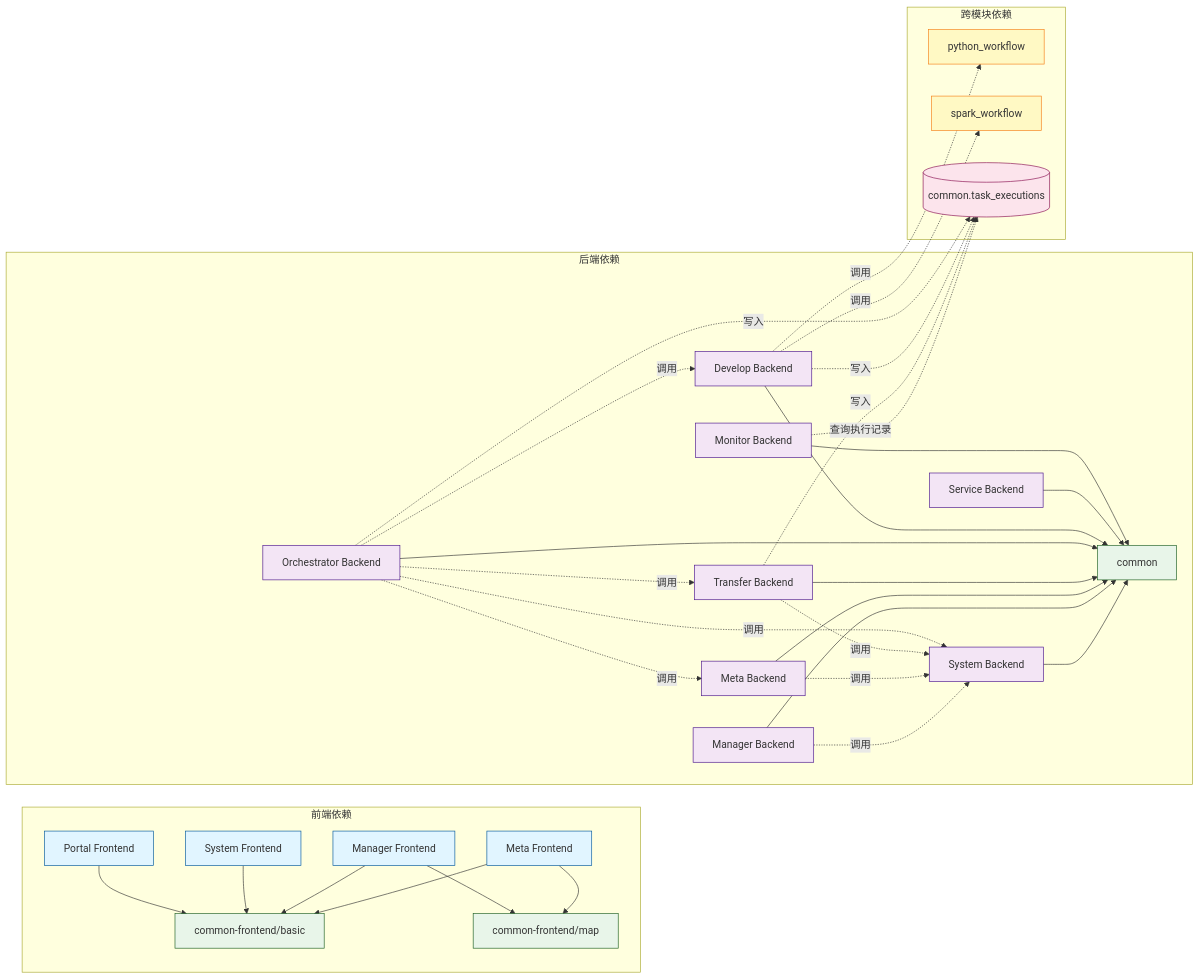
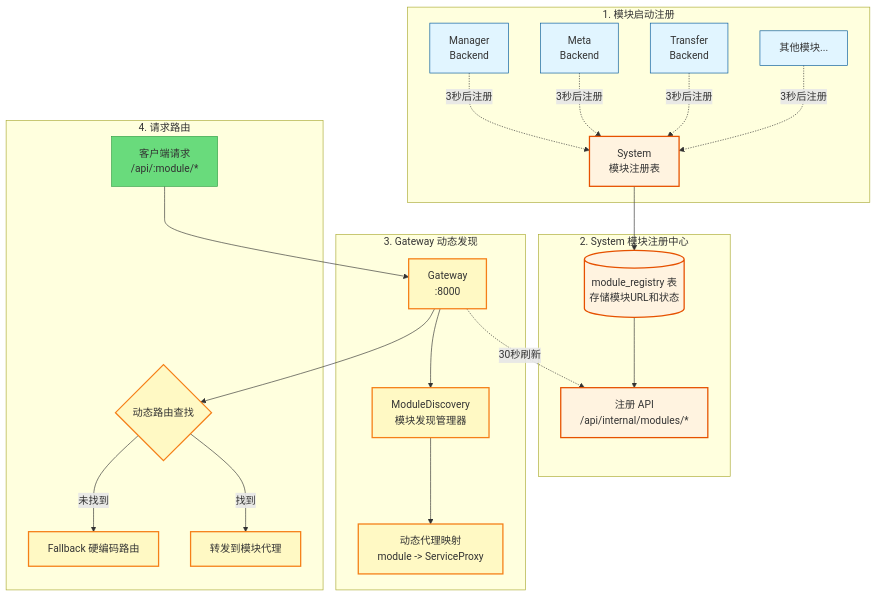
One commit to pampa0629/addp changed the sixth of 12 diagrams in docs/addp模块架构图.md. Above: the diagram before and after it, drawn with Mermaid. The commit also changed other lines of this file and 54 other files, not shown here.

````diff
--- a/docs/addp模块架构图.md
+++ b/docs/addp模块架构图.md
@@ -544,50 +402,38 @@
 ```mermaid
-graph LR
-    subgraph "前端依赖"
-        PortalFE[Portal Frontend] --> CFBE[common-frontend/basic]
-        SystemFE[System Frontend] --> CFBE
-        ManagerFE[Manager Frontend] --> CFBE
-        ManagerFE --> CFME[common-frontend/map]
-        MetaFE[Meta Frontend] --> CFBE
-        MetaFE --> CFME
+graph TB
+    subgraph "1. 模块启动注册"
+        Manager[Manager<br/>Backend] -.3秒后注册.-> SystemReg[System<br/>模块注册表]
+        Meta[Meta<br/>Backend] -.3秒后注册.-> SystemReg
+        Transfer[Transfer<br/>Backend] -.3秒后注册.-> SystemReg
+        Other[其他模块...] -.3秒后注册.-> SystemReg
     end
 
-    subgraph "后端依赖"
-        SystemBE[System Backend] --> CommonBE[common]
-        ManagerBE[Manager Backend] --> CommonBE
-        MetaBE[Meta Backend] --> CommonBE
-        TransferBE[Transfer Backend] --> CommonBE
-        OrchestratorBE[Orchestrator Backend] --> CommonBE
-        DevelopBE[Develop Backend] --> CommonBE
-        ServiceBE[Service Backend] --> CommonBE
-        MonitorBE[Monitor Backend] --> CommonBE
+    subgraph "2. System 模块注册中心"
+        SystemReg --> RegTable[(module_registry 表<br/>存储模块URL和状态)]
+        RegTable --> RegAPI[注册 API<br/>/api/internal/modules/*]
     end
 
-    subgraph "跨模块依赖"
-        ManagerBE -.调用.-> SystemBE
-        MetaBE -.调用.-> SystemBE
-        TransferBE -.调用.-> SystemBE
-        OrchestratorBE -.调用.-> SystemBE
-        OrchestratorBE -.调用.-> MetaBE
-        OrchestratorBE -.调用.-> TransferBE
-        OrchestratorBE -.调用.-> DevelopBE
-        DevelopBE -.调用.-> PyWF[python_workflow]
-        DevelopBE -.调用.-> SparkWF[spark_workflow]
-        MonitorBE -.查询执行记录.-> TaskExec[(common.task_executions)]
-        TransferBE -.写入.-> TaskExec
-        DevelopBE -.写入.-> TaskExec
-        OrchestratorBE -.写入.-> TaskExec
+    subgraph "3. Gateway 动态发现"
+        Gateway[Gateway<br/>:8000] -.30秒刷新.-> RegAPI
+        Gateway --> Discovery[ModuleDiscovery<br/>模块发现管理器]
+        Discovery --> Proxies[动态代理映射<br/>module -> ServiceProxy]
     end
 
-    classDef frontend fill:#e1f5ff,stroke:#01579b
-    classDef backend fill:#f3e5f5,stroke:#4a148c
-    classDef shared fill:#e8f5e9,stroke:#1b5e20
-    classDef engine fill:#fff9c4,stroke:#f57f17
+    subgraph "4. 请求路由"
+        Client[客户端请求<br/>/api/:module/*] --> Gateway
+        Gateway --> DynamicRoute{动态路由查找}
+        DynamicRoute -->|找到| Forward[转发到模块代理]
+        DynamicRoute -->|未找到| Fallback[Fallback 硬编码路由]
+    end
+
+    classDef backend fill:#e1f5ff,stroke:#01579b
+    classDef system fill:#fff3e0,stroke:#e65100,stroke-width:2px
+    classDef gateway fill:#fff9c4,stroke:#f57f17,stroke-width:2px
+    classDef client fill:#69db7c,stroke:#2f9e44
     classDef infra fill:#fce4ec,stroke:#880e4f
 
-    class PortalFE,SystemFE,ManagerFE,MetaFE frontend
-    class SystemBE,ManagerBE,MetaBE,TransferBE,OrchestratorBE,DevelopBE,ServiceBE,MonitorBE backend
-    class CommonBE,CFBE,CFME shared
-    class PyWF,SparkWF engine
-    class TaskExec infra
+    class Manager,Meta,Transfer,Other backend
+    class SystemReg,RegTable,RegAPI system
+    class Gateway,Discovery,Proxies,DynamicRoute,Forward,Fallback gateway
+    class Client client
 ```
````
